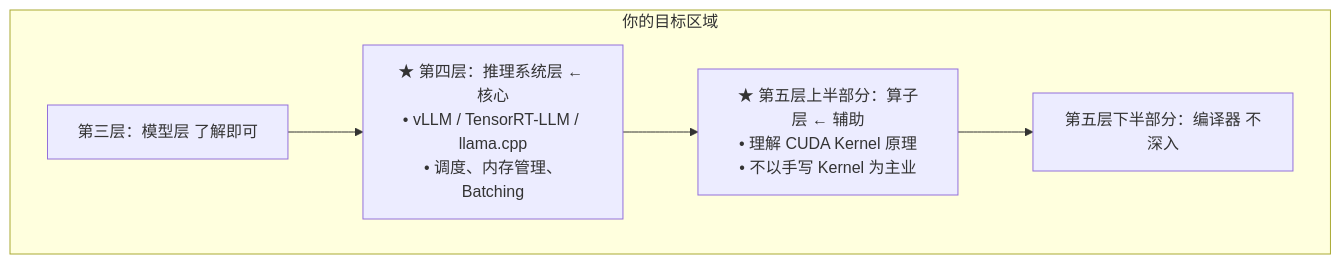
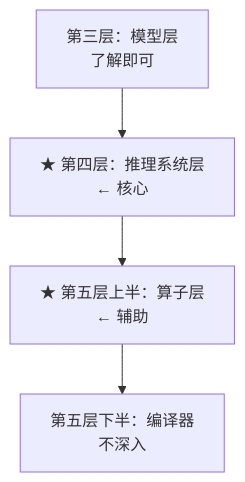
Diagram 12 of 12 in content/articles/ai/ai-28-AI技术栈全景图.md (jpixy/jpixy.github.io), drawn with Mermaid before and after one commit. The commit also changed other lines of this file, not shown here.

Commit message:
fix: improve diagram layouts for better vertical display

````diff
--- a/content/articles/ai/ai-28-AI技术栈全景图.md
+++ b/content/articles/ai/ai-28-AI技术栈全景图.md
@@ -476,13 +473,11 @@
 ```mermaid
 graph TB
-    subgraph Target["你的目标区域"]
-        L3["第三层：模型层 了解即可"]
-        L4["★ 第四层：推理系统层 ← 核心<br>• vLLM / TensorRT-LLM / llama.cpp<br>• 调度、内存管理、Batching"]
-        L5a["★ 第五层上半部分：算子层 ← 辅助<br>• 理解 CUDA Kernel 原理<br>• 不以手写 Kernel 为主业"]
-        L5b["第五层下半部分：编译器 不深入"]
-    end
+    L3["第三层：模型层<br/>了解即可"]
+    L4["★ 第四层：推理系统层<br/>← 核心"]
+    L5a["★ 第五层上半：算子层<br/>← 辅助"]
+    L5b["第五层下半：编译器<br/>不深入"]
     
     L3 --> L4
     L4 --> L5a
     L5a --> L5b
 ```
````
